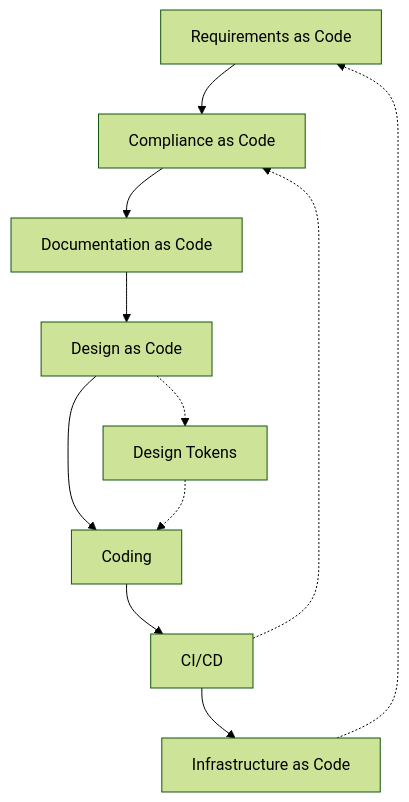
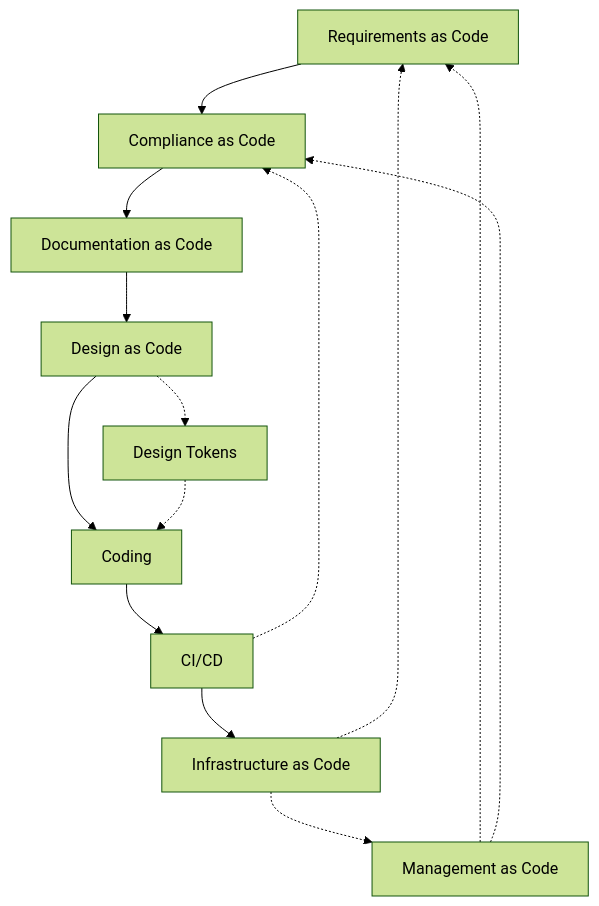
One commit to Geonitab/architecture_as_code changed the diagram in docs/images/diagram_01_aac_flow.mmd. Above: the diagram before and after it, drawn with Mermaid (forest theme). The commit also changed 2 other files, not shown here.

Commit message:
Add Management as Code to introduction

```diff
--- a/docs/images/diagram_01_aac_flow.mmd
+++ b/docs/images/diagram_01_aac_flow.mmd
@@ -1,13 +1,17 @@
 graph TD
     A[Requirements as Code]:::kv-primary --> B[Compliance as Code]:::kv-highlight
     B --> C[Documentation as Code]:::kv-highlight
     C --> D[Design as Code]:::kv-accent
     D --> E[Coding]:::kv-accent
     E --> F[CI/CD]:::kv-accent
     F --> G[Infrastructure as Code]:::kv-primary
 
     D -.-> H[Design Tokens]:::kv-pattern
     H -.-> E
 
     G -.-> A
     F -.-> B
+    
+    M[Management as Code]:::kv-highlight -.-> A
+    M -.-> B
+    G -.-> M
```
